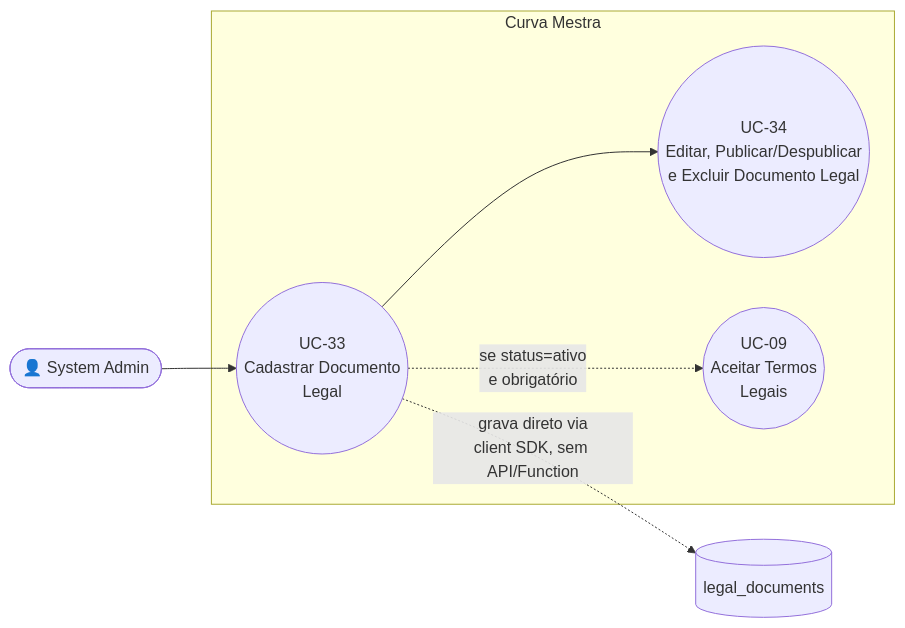
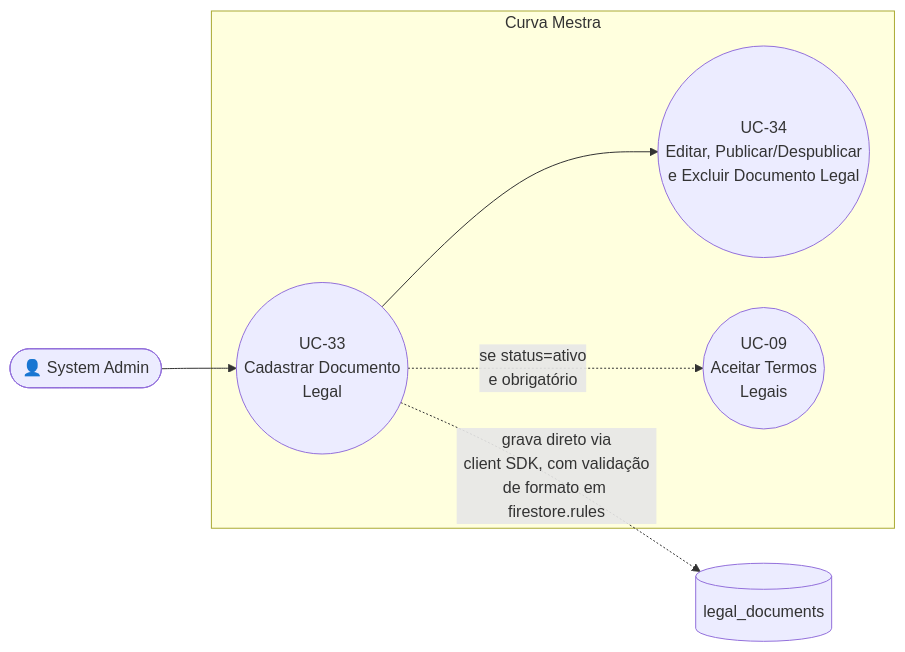
The diagram in ONLY_FOR_DEVS/PO_BA_Docs/UC-33-cadastrar-documento-legal.md (GScandelari/curva_mestra_system), drawn with Mermaid before and after one commit. The commit also changed other lines of this file and 5 other files, not shown here.

````diff
--- a/ONLY_FOR_DEVS/PO_BA_Docs/UC-33-cadastrar-documento-legal.md
+++ b/ONLY_FOR_DEVS/PO_BA_Docs/UC-33-cadastrar-documento-legal.md
@@ -16,15 +16,15 @@
 ```mermaid
 flowchart LR
     SystemAdmin([👤 System Admin])
 
     subgraph Sistema["Curva Mestra"]
         UC33(("UC-33\nCadastrar Documento\nLegal"))
         UC34(("UC-34\nEditar, Publicar/Despublicar\ne Excluir Documento Legal"))
         UC09(("UC-09\nAceitar Termos\nLegais"))
     end
 
     SystemAdmin --> UC33
     UC33 --> UC34
     UC33 -.->|se status=ativo\ne obrigatório| UC09
-    UC33 -.->|grava direto via\nclient SDK, sem API/Function| LegalDocs[(legal_documents)]
+    UC33 -.->|grava direto via\nclient SDK, com validação\nde formato em firestore.rules| LegalDocs[(legal_documents)]
 ```
````
